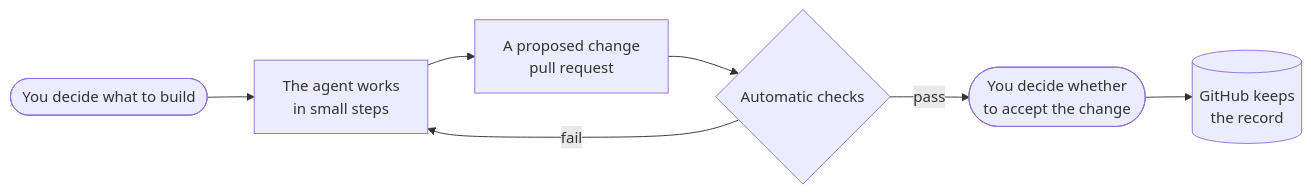
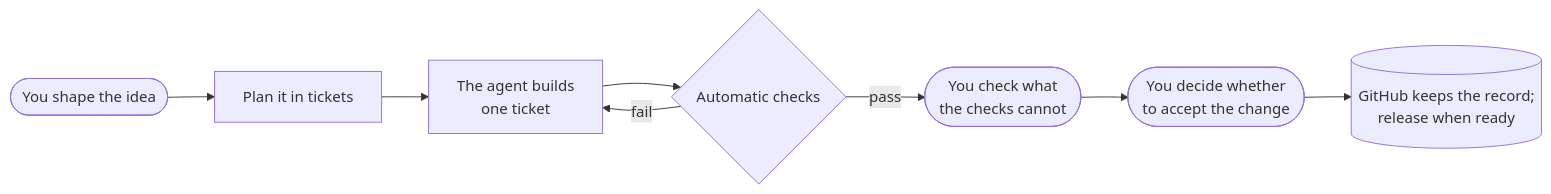
One commit to coolbress/plinth changed the diagram in README.md. Above: the diagram before and after it, drawn with Mermaid. The commit also changed other lines of this file and 1 other file, not shown here.

First line of the commit message:
docs(readme): two halves, the groundwork laid for you and the workflow guided step by step

````diff
--- a/README.md
+++ b/README.md
@@ -52,9 +108,10 @@
 ```mermaid
 flowchart LR
-  you([You decide what to build]) --> agent[The agent works<br/>in small steps]
-  agent --> pr[A proposed change<br/>pull request]
-  pr --> checks{Automatic checks}
-  checks -- fail --> agent
-  checks -- pass --> decide([You decide whether<br/>to accept the change])
-  decide --> record[(GitHub keeps<br/>the record)]
+  idea([You shape the idea]) --> plan[Plan it in tickets]
+  plan --> build[The agent builds<br/>one ticket]
+  build --> checks{Automatic checks}
+  checks -- fail --> build
+  checks -- pass --> look([You check what<br/>the checks cannot])
+  look --> merge([You decide whether<br/>to accept the change])
+  merge --> record[(GitHub keeps the record;<br/>release when ready)]
 ```
````
